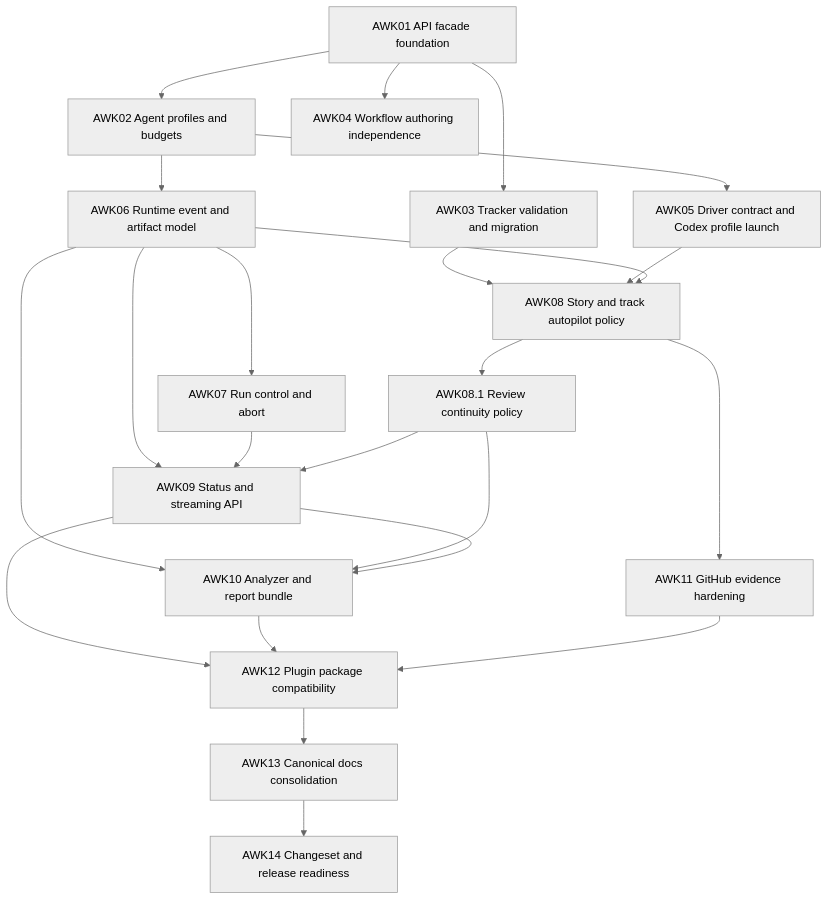
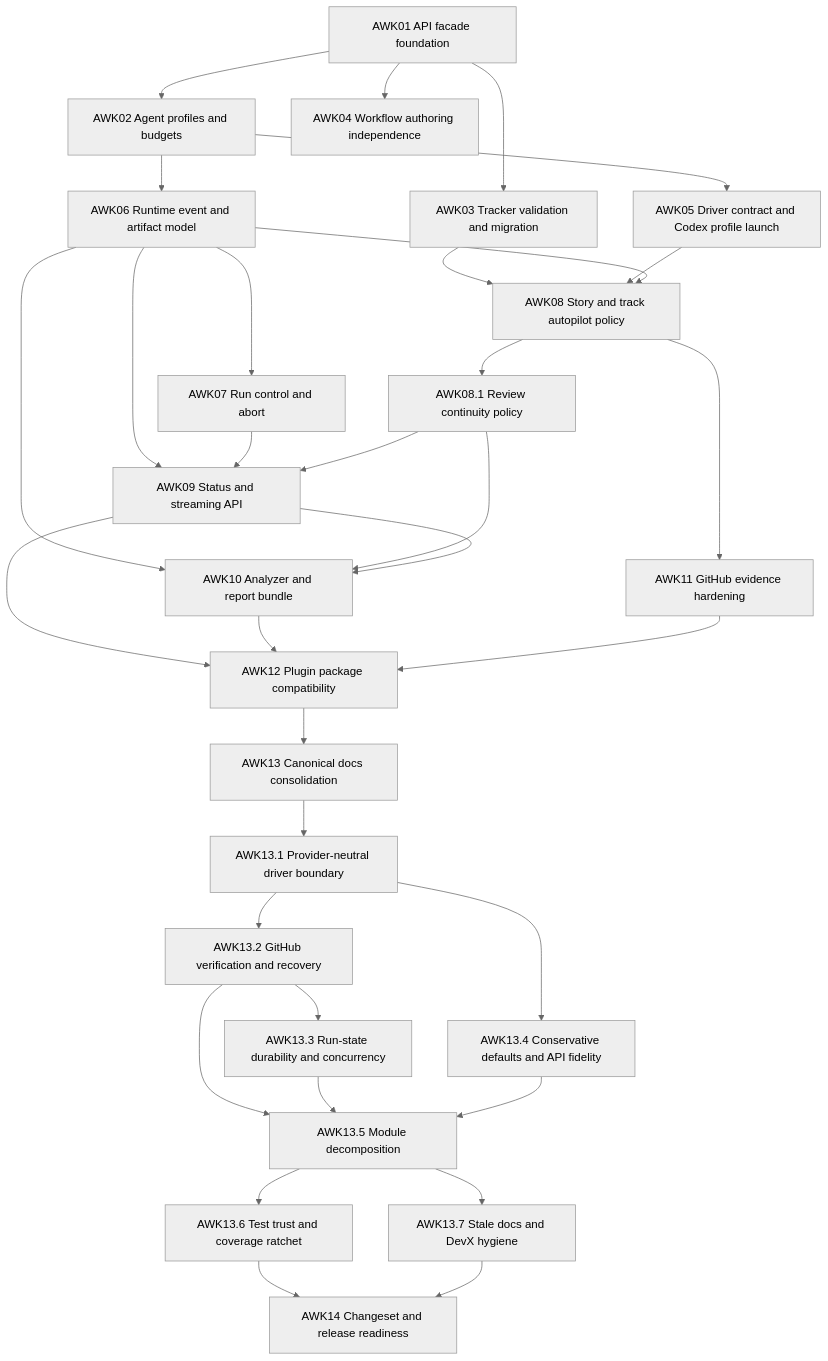
The diagram in docs/tracks/agentic-workflow-kit-redesign/README.md (aryeko/agentic-workflow-kit), drawn with Mermaid (neutral theme) before and after one commit. The commit also changed other lines of this file and 10 other files, not shown here.

````diff
--- a/docs/tracks/agentic-workflow-kit-redesign/README.md
+++ b/docs/tracks/agentic-workflow-kit-redesign/README.md
@@ -39,41 +45,58 @@
 ```mermaid
 flowchart TD
   AWK01[AWK01 API facade foundation]
   AWK02[AWK02 Agent profiles and budgets]
   AWK03[AWK03 Tracker validation and migration]
   AWK04[AWK04 Workflow authoring independence]
   AWK05[AWK05 Driver contract and Codex profile launch]
   AWK06[AWK06 Runtime event and artifact model]
   AWK07[AWK07 Run control and abort]
   AWK08[AWK08 Story and track autopilot policy]
   AWK081[AWK08.1 Review continuity policy]
   AWK09[AWK09 Status and streaming API]
   AWK10[AWK10 Analyzer and report bundle]
   AWK11[AWK11 GitHub evidence hardening]
   AWK12[AWK12 Plugin package compatibility]
   AWK13[AWK13 Canonical docs consolidation]
+  AWK131[AWK13.1 Provider-neutral driver boundary]
+  AWK132[AWK13.2 GitHub verification and recovery]
+  AWK133[AWK13.3 Run-state durability and concurrency]
+  AWK134[AWK13.4 Conservative defaults and API fidelity]
+  AWK135[AWK13.5 Module decomposition]
+  AWK136[AWK13.6 Test trust and coverage ratchet]
+  AWK137[AWK13.7 Stale docs and DevX hygiene]
   AWK14[AWK14 Changeset and release readiness]
 
   AWK01 --> AWK02
   AWK01 --> AWK03
   AWK01 --> AWK04
   AWK02 --> AWK05
   AWK02 --> AWK06
   AWK03 --> AWK08
   AWK05 --> AWK08
   AWK06 --> AWK07
   AWK06 --> AWK08
   AWK06 --> AWK09
   AWK06 --> AWK10
   AWK07 --> AWK09
   AWK08 --> AWK081
   AWK081 --> AWK09
   AWK081 --> AWK10
   AWK08 --> AWK11
   AWK09 --> AWK10
   AWK09 --> AWK12
   AWK10 --> AWK12
   AWK11 --> AWK12
   AWK12 --> AWK13
-  AWK13 --> AWK14
+  AWK13 --> AWK131
+  AWK131 --> AWK132
+  AWK131 --> AWK134
+  AWK132 --> AWK133
+  AWK132 --> AWK135
+  AWK133 --> AWK135
+  AWK134 --> AWK135
+  AWK135 --> AWK136
+  AWK135 --> AWK137
+  AWK136 --> AWK14
+  AWK137 --> AWK14
 ```
````
